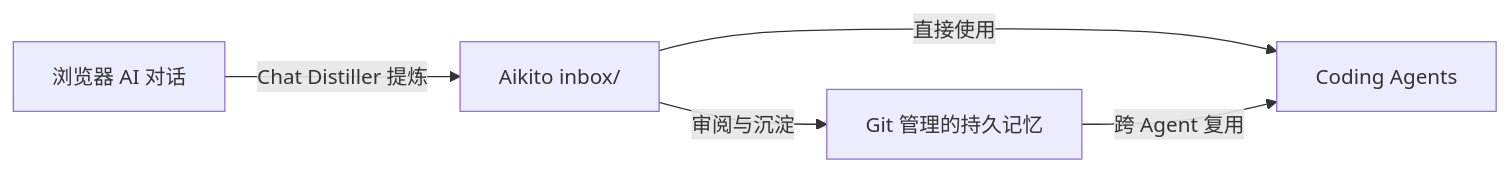
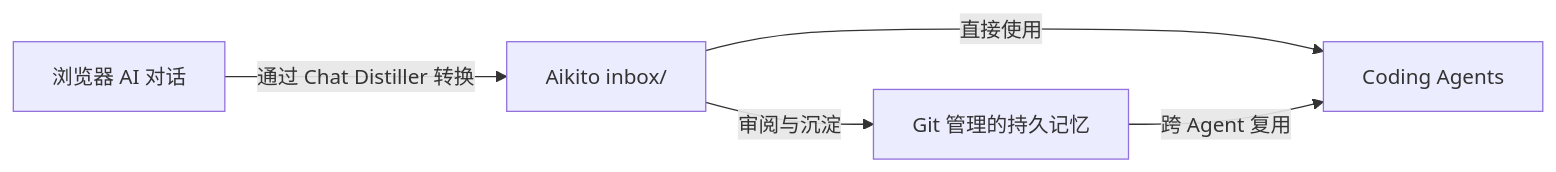
Before and after one commit to lsaint/chat-distiller: the diagram in README.zh-CN.md, drawn with Mermaid. The commit also changed other lines of this file and 1 other file, not shown here.

````diff
--- a/README.zh-CN.md
+++ b/README.zh-CN.md
@@ -95,7 +99,7 @@
 ```mermaid
 flowchart LR
-    A["浏览器 AI 对话"] -->|"Chat Distiller 提炼"| B["Aikito inbox/"]
+    A["浏览器 AI 对话"] -->|"通过 Chat Distiller 转换"| B["Aikito inbox/"]
     B -->|"审阅与沉淀"| C["Git 管理的持久记忆"]
     B -->|"直接使用"| D["Coding Agents"]
     C -->|"跨 Agent 复用"| D
 ```
````
